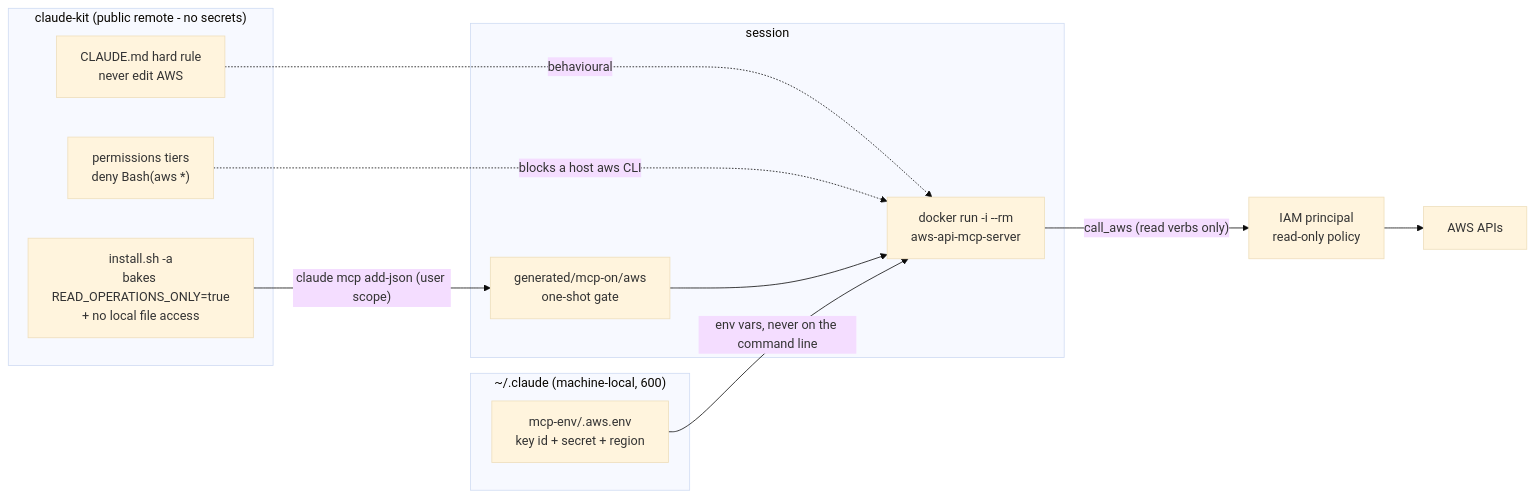
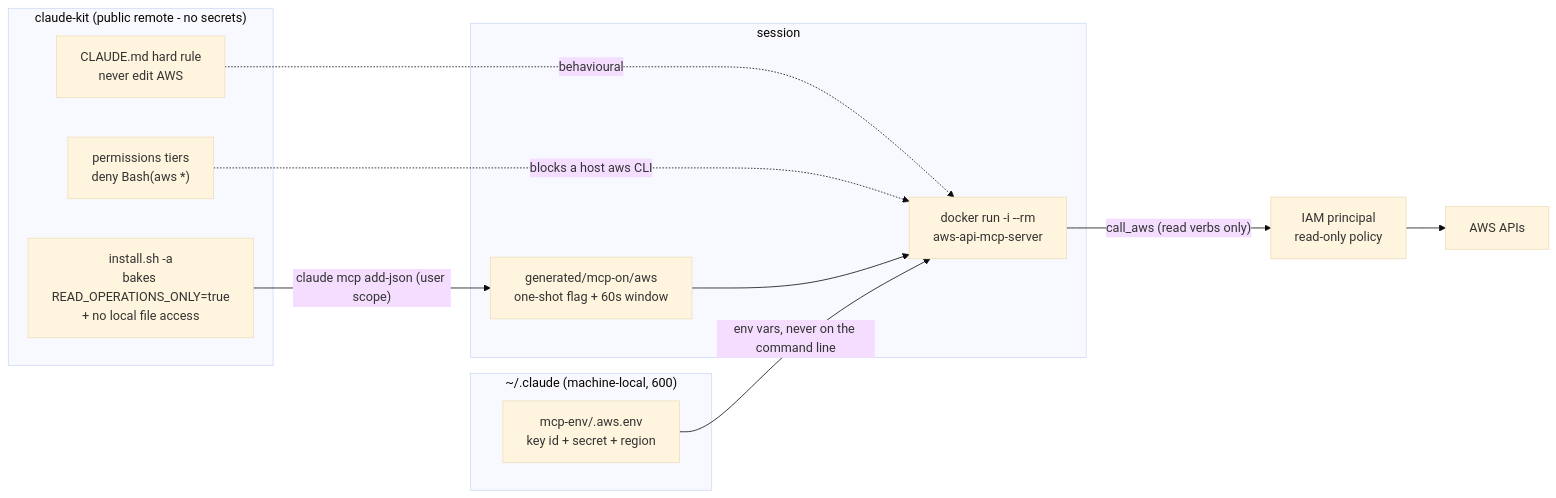
The diagram in docs/aws.md (Manpreet-TKL/claude-kit-test), drawn with Mermaid (base theme) before and after one commit. The commit also changed other lines of this file and 88 other files, not shown here.

````diff
--- a/docs/aws.md
+++ b/docs/aws.md
@@ -21,25 +21,25 @@
 ```mermaid
 flowchart LR
     subgraph Kit["claude-kit (public remote - no secrets)"]
         CM["CLAUDE.md hard rule<br/>never edit AWS"]
         PERM["permissions tiers<br/>deny Bash(aws *)"]
         INS["install.sh -a<br/>bakes READ_OPERATIONS_ONLY=true<br/>+ no local file access"]
     end
     subgraph Local["~/.claude (machine-local, 600)"]
         ENV["mcp-env/.aws.env<br/>key id + secret + region"]
     end
     subgraph Run["session"]
-        GATE["generated/mcp-on/aws<br/>one-shot gate"]
+        GATE["generated/mcp-on/aws<br/>one-shot flag + 60s window"]
         CTR["docker run -i --rm<br/>aws-api-mcp-server"]
     end
     IAM["IAM principal<br/>read-only policy"]
     AWS["AWS APIs"]
 
     INS -->|"claude mcp add-json (user scope)"| GATE
     GATE --> CTR
     ENV -->|env vars, never on the command line| CTR
     CM -.->|behavioural| CTR
     PERM -.->|blocks a host aws CLI| CTR
     CTR -->|"call_aws (read verbs only)"| IAM
     IAM --> AWS
 ```
````
